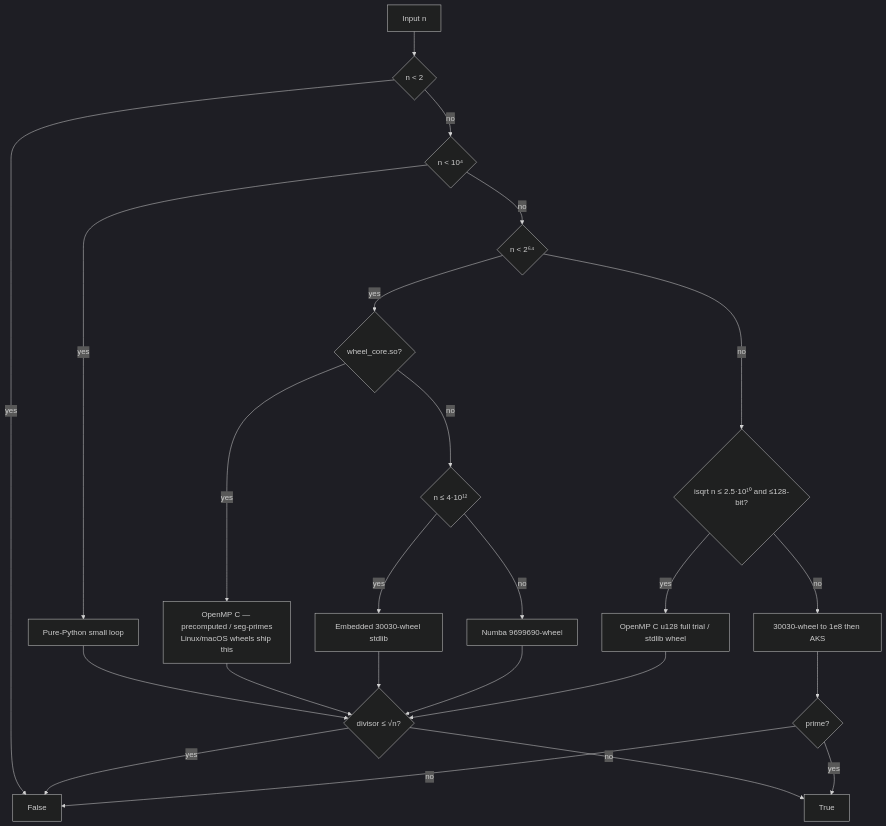
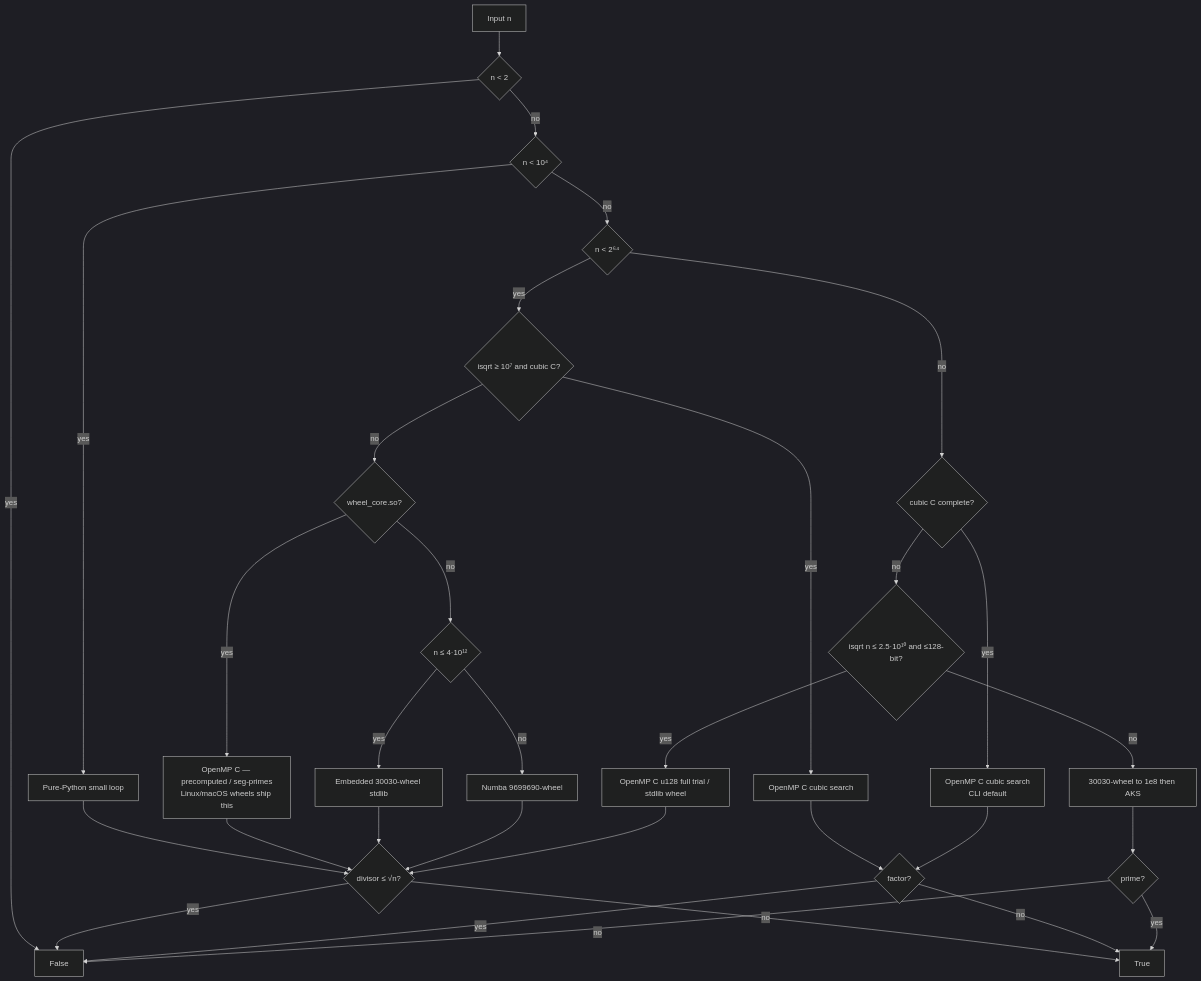
One commit to BurakAhmet/Best-Prime-Number-Function changed the diagram in README.md. Above: the diagram before and after it, drawn with Mermaid (dark theme). The commit also changed other lines of this file and 37 other files, not shown here.

First line of the commit message:
feat: complete cubic search for hard 64-bit and CLI default n (#56)

````diff
--- a/README.md
+++ b/README.md
@@ -158,26 +161,34 @@
 ```mermaid
 flowchart TD
   A[Input n] --> B{n < 2}
   B -->|yes| Z1[False]
   B -->|no| C{n < 10⁴}
   C -->|yes| P1[Pure-Python small loop]
   C -->|no| D{n < 2⁶⁴}
-  D -->|yes| E{wheel_core.so?}
+  D -->|yes| E0{isqrt ≥ 10⁷ and cubic C?}
+  E0 -->|yes| P7[OpenMP C cubic search]
+  P7 --> Z3
+  E0 -->|no| E{wheel_core.so?}
   E -->|yes| P2[OpenMP C — precomputed / seg-primes<br/>Linux/macOS wheels ship this]
   E -->|no| F{n ≤ 4·10¹²}
   F -->|yes| P3[Embedded 30030-wheel stdlib]
   F -->|no| P4[Numba 9699690-wheel]
   P1 --> G{divisor ≤ √n?}
   P2 --> G
   P3 --> G
   P4 --> G
   G -->|yes| Z1
   G -->|no| Z2[True]
-  D -->|no| H{isqrt n ≤ 2.5·10¹⁰ and ≤128-bit?}
+  D -->|no| H0{cubic C complete?}
+  H0 -->|yes| P6[OpenMP C cubic search<br/>CLI default]
+  P6 --> Z3{factor?}
+  Z3 -->|yes| Z1
+  Z3 -->|no| Z2
+  H0 -->|no| H{isqrt n ≤ 2.5·10¹⁰ and ≤128-bit?}
   H -->|yes| P5[OpenMP C u128 full trial / stdlib wheel]
   P5 --> G
   H -->|no| I[30030-wheel to 1e8 then AKS]
   I --> L{prime?}
   L -->|yes| Z2
   L -->|no| Z1
 ```
````
